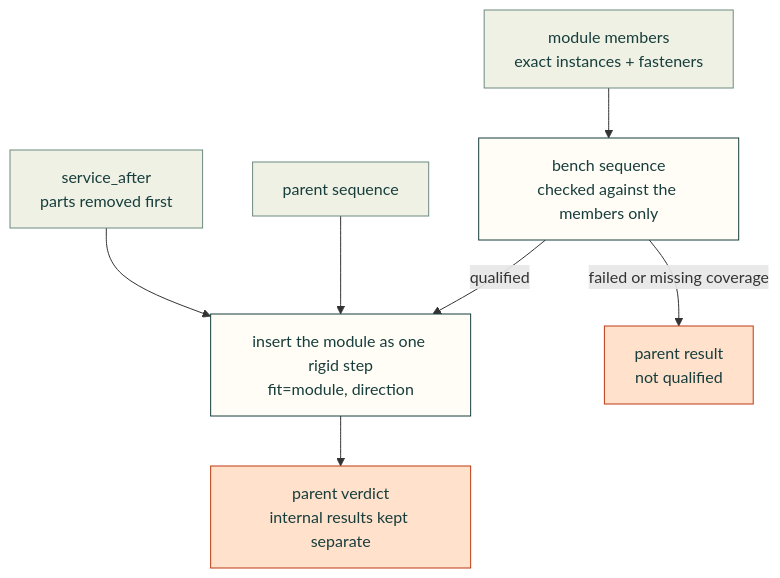
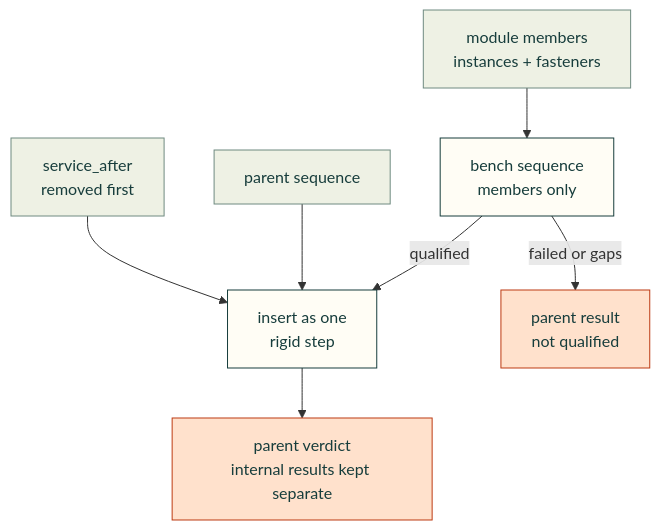
Before and after one commit to Valpatel/cad-agent: the diagram in docs/subassembly-insertion.md, drawn with Mermaid. The commit also changed 5 other files, not shown here.

Commit message:
Docs: diagrams fit the 650 px column at 1100 px wide

````diff
--- a/docs/subassembly-insertion.md
+++ b/docs/subassembly-insertion.md
@@ -5,15 +5,15 @@
 ```mermaid
 flowchart TD
-    M["module members<br/>exact instances + fasteners"] --> Bench["bench sequence<br/>checked against the members only"]
-    Bench -->|"qualified"| Ins["insert the module as one rigid step<br/>fit=module, direction"]
-    Bench -->|"failed or missing coverage"| X["parent result<br/>not qualified"]
+    M["module members<br/>instances + fasteners"] --> Bench["bench sequence<br/>members only"]
+    Bench -->|"qualified"| Ins["insert as one<br/>rigid step"]
+    Bench -->|"failed or gaps"| X["parent result<br/>not qualified"]
     Par["parent sequence"] --> Ins
-    Svc["service_after<br/>parts removed first"] --> Ins
+    Svc["service_after<br/>removed first"] --> Ins
     Ins --> Out["parent verdict<br/>internal results kept separate"]
     classDef here fill:#fffdf5,stroke:#173d3c,color:#173d3c
     classDef near fill:#eef1e4,stroke:#6f8a80,color:#173d3c
     classDef out fill:#ffe1cc,stroke:#bd3a12,color:#173d3c
     class Bench,Ins here
     class M,Par,Svc near
     class X,Out out
 ```
````
